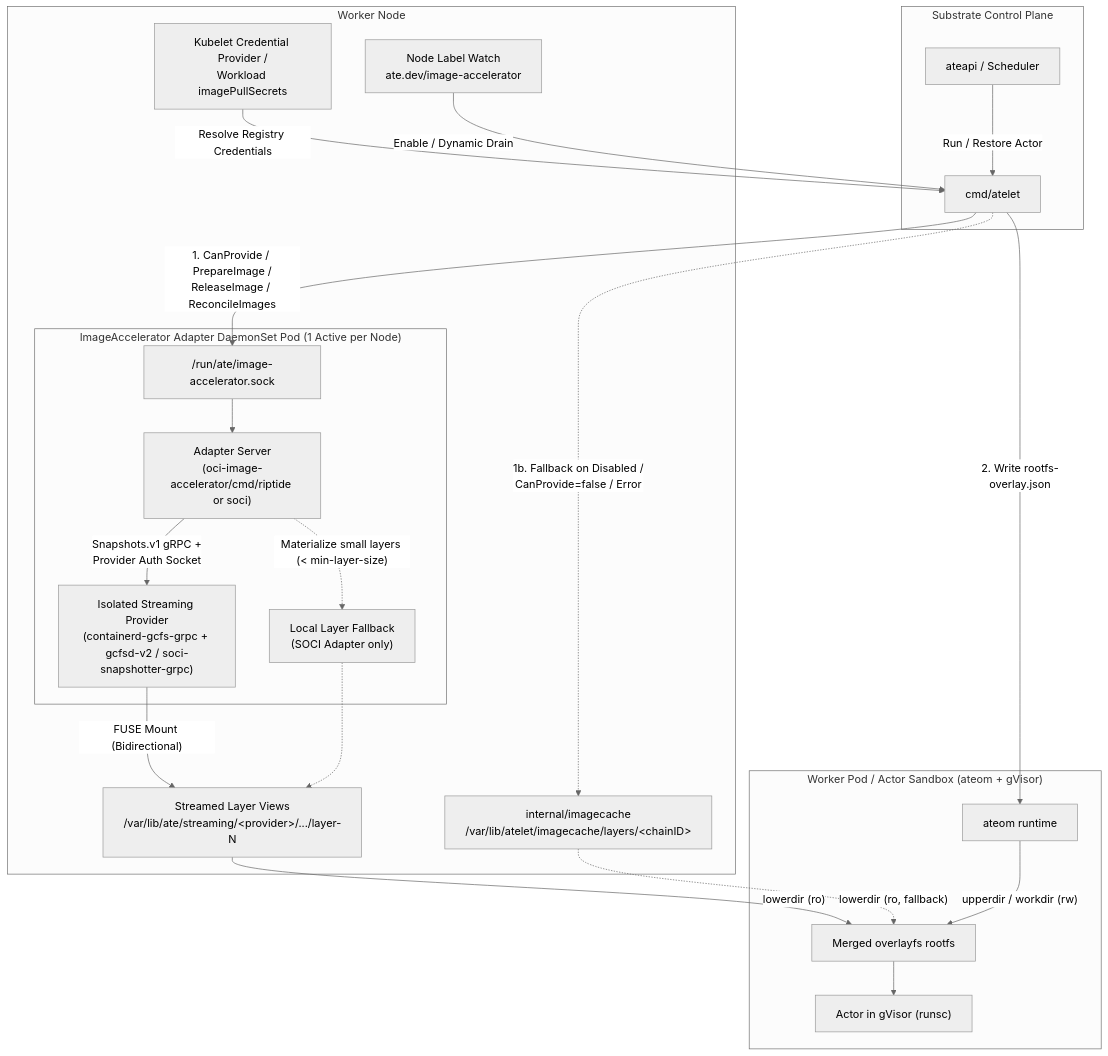
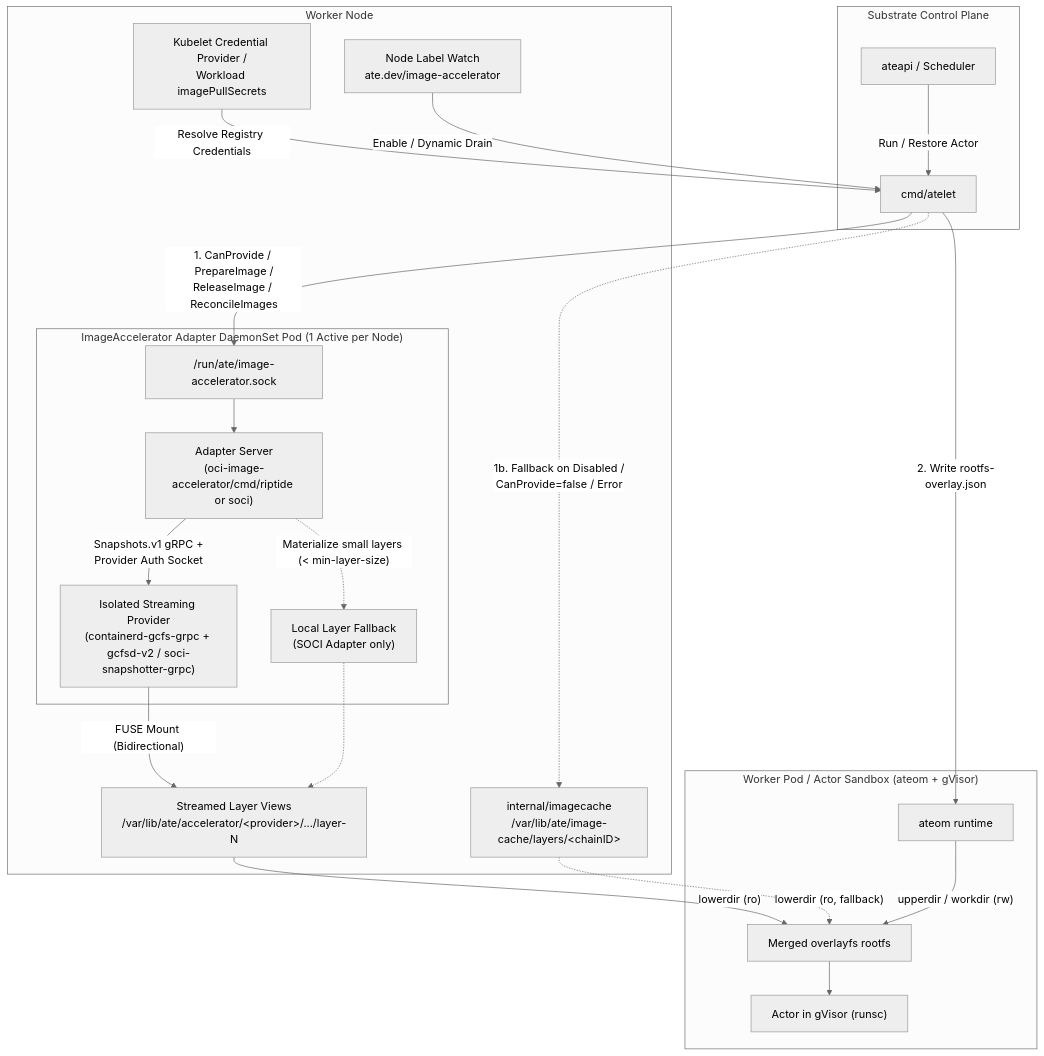
One commit to yuekui2/substrate changed the diagram in docs/image-accelerator-design.md. Above: the diagram before and after it, drawn with Mermaid (neutral theme). The commit also changed other lines of this file and 26 other files, not shown here.

First line of the commit message:
oci-image-accelerator, atelet: move work-dir to /var/lib/ate/accelerator and drop provider knowledge from substrate

````diff
--- a/docs/image-accelerator-design.md
+++ b/docs/image-accelerator-design.md
@@ -21,31 +21,31 @@
 ```mermaid
 flowchart TD
     subgraph ControlPlane["Substrate Control Plane"]
         Scheduler["ateapi / Scheduler"] -->|"Run / Restore Actor"| Atelet["cmd/atelet"]
     end
 
     subgraph WorkerNode["Worker Node"]
         KubeCreds["Kubelet Credential Provider /<br/>Workload imagePullSecrets"] -->|"Resolve Registry Credentials"| Atelet
         NodeLabel["Node Label Watch<br/>ate.dev/image-accelerator"] -->|"Enable / Dynamic Drain"| Atelet
 
         Atelet -->|"1. CanProvide / PrepareImage /<br/>ReleaseImage / ReconcileImages"| Sock["/run/ate/image-accelerator.sock"]
-        Atelet -. "1b. Fallback on Disabled /<br/>CanProvide=false / Error" .-> ImageCache["internal/imagecache<br/>/var/lib/atelet/imagecache/layers/&lt;chainID&gt;"]
+        Atelet -. "1b. Fallback on Disabled /<br/>CanProvide=false / Error" .-> ImageCache["internal/imagecache<br/>/var/lib/ate/image-cache/layers/&lt;chainID&gt;"]
 
         subgraph AdapterPod["ImageAccelerator Adapter DaemonSet Pod (1 Active per Node)"]
             Sock --> Adapter["Adapter Server<br/>(oci-image-accelerator/cmd/riptide or soci)"]
             Adapter -->|"Snapshots.v1 gRPC +<br/>Provider Auth Socket"| Provider["Isolated Streaming Provider<br/>(containerd-gcfs-grpc + gcfsd-v2 / soci-snapshotter-grpc)"]
             Adapter -. "Materialize small layers (< min-layer-size)" .-> SmallLayers["Local Layer Fallback<br/>(SOCI Adapter only)"]
         end
 
-        Provider -->|"FUSE Mount (Bidirectional)"| FuseViews["Streamed Layer Views<br/>/var/lib/ate/streaming/&lt;provider&gt;/.../layer-N"]
+        Provider -->|"FUSE Mount (Bidirectional)"| FuseViews["Streamed Layer Views<br/>/var/lib/ate/accelerator/&lt;provider&gt;/.../layer-N"]
         SmallLayers -.-> FuseViews
     end
 
     subgraph Sandbox["Worker Pod / Actor Sandbox (ateom + gVisor)"]
         Atelet -->|"2. Write rootfs-overlay.json"| Ateom["ateom runtime"]
         FuseViews -- "lowerdir (ro)" --> Overlay["Merged overlayfs rootfs"]
         ImageCache -. "lowerdir (ro, fallback)" .-> Overlay
         Ateom -- "upperdir / workdir (rw)" --> Overlay
         Overlay --> Actor["Actor in gVisor (runsc)"]
     end
 ```
````
